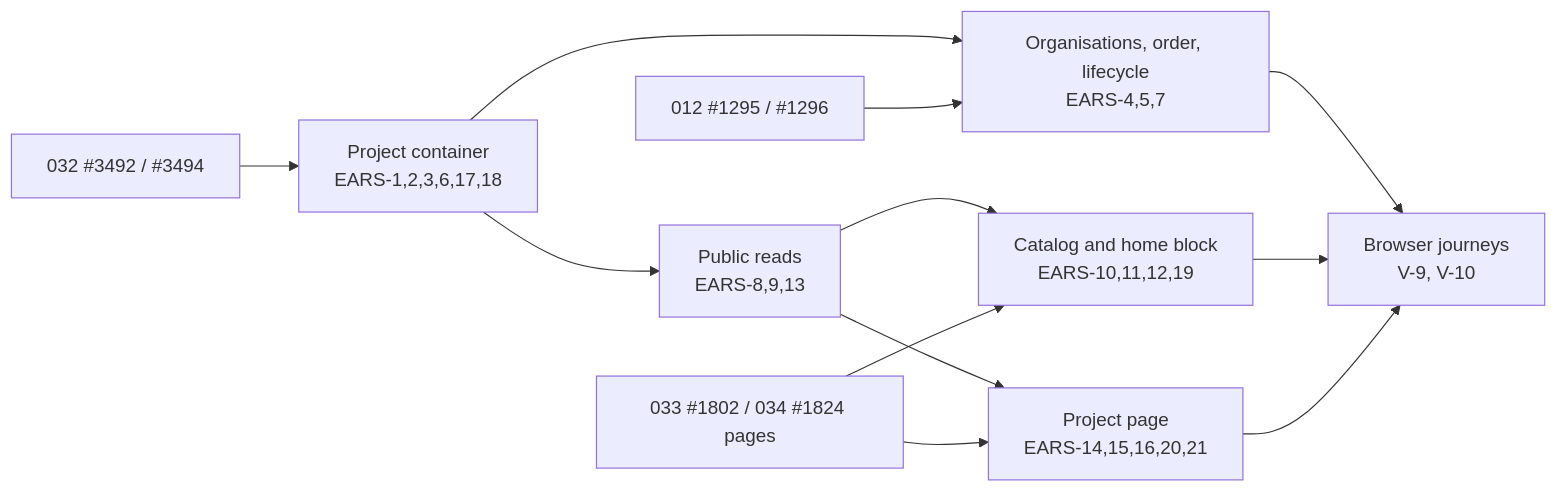
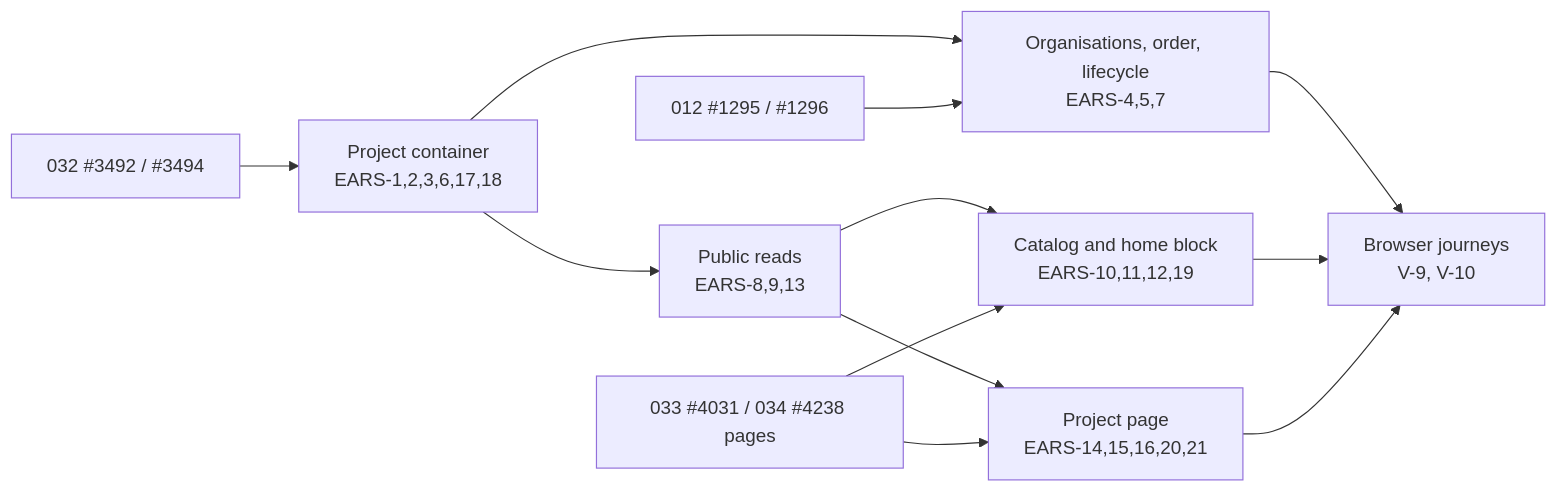
Before and after one commit to doctor-school/ds-platform: the fifth of 5 diagrams in apps/docs/content/specs/features/030-projects-catalog-and-page/030-design.md, drawn with Mermaid. The commit also changed other lines of this file and 9 other files, not shown here.

````diff
--- a/apps/docs/content/specs/features/030-projects-catalog-and-page/030-design.md
+++ b/apps/docs/content/specs/features/030-projects-catalog-and-page/030-design.md
@@ -218,14 +218,14 @@
 ```mermaid
 flowchart LR
   R[032 #3492 / #3494] --> A
   A[Project container<br/>EARS-1,2,3,6,17,18] --> B[Organisations, order, lifecycle<br/>EARS-4,5,7]
   A --> C[Public reads<br/>EARS-8,9,13]
   L[012 #1295 / #1296] --> B
   C --> D[Catalog and home block<br/>EARS-10,11,12,19]
   C --> E[Project page<br/>EARS-14,15,16,20,21]
-  P[033 #1802 / 034 #1824 pages] --> D
+  P[033 #4031 / 034 #4238 pages] --> D
   P --> E
   B --> J[Browser journeys<br/>V-9, V-10]
   D --> J
   E --> J
 ```
````
